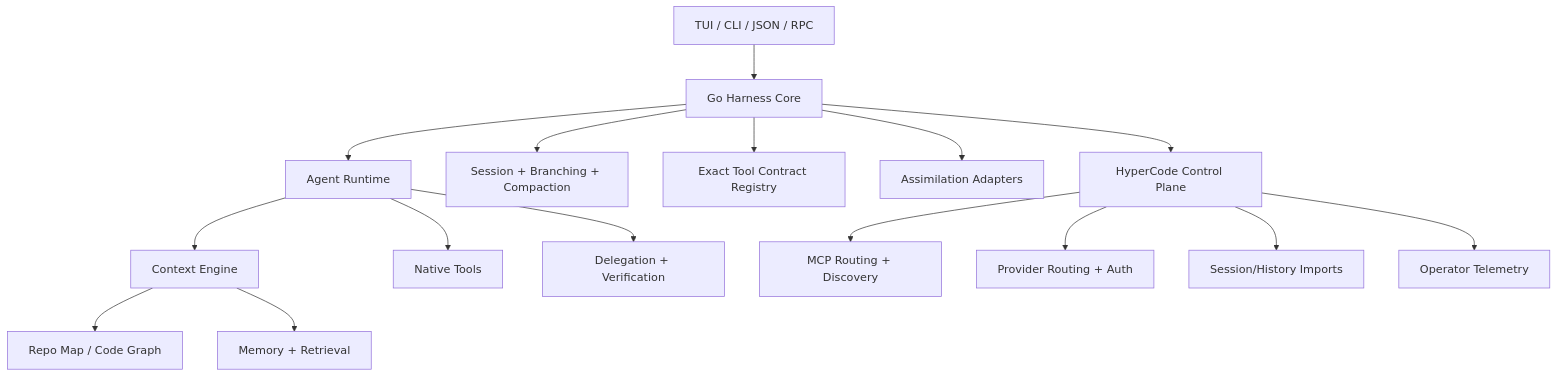
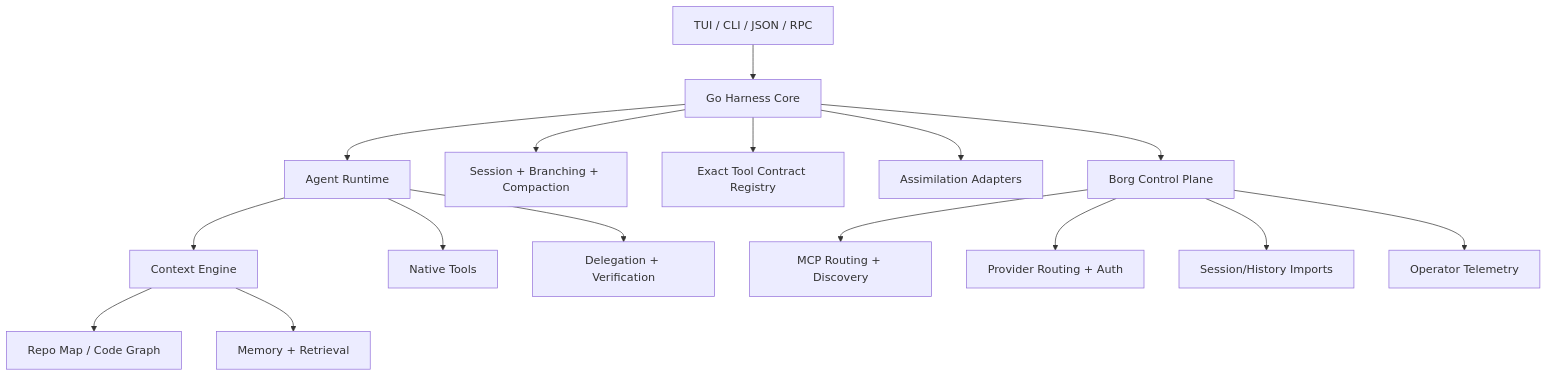
Before and after one commit to robertpelloni/hypercode: the diagram in docs/ai/design/go-foundation-assimilation.md, drawn with Mermaid. The commit also changed other lines of this file and 299 other files, not shown here.

````diff
--- a/docs/ai/design/go-foundation-assimilation.md
+++ b/docs/ai/design/go-foundation-assimilation.md
@@ -22,21 +22,21 @@
 ```mermaid
 flowchart TD
     UI[TUI / CLI / JSON / RPC] --> Harness[Go Harness Core]
     Harness --> Agent[Agent Runtime]
     Harness --> Sessions[Session + Branching + Compaction]
     Harness --> Compat[Exact Tool Contract Registry]
     Harness --> Adapters[Assimilation Adapters]
-    Harness --> HC[HyperCode Control Plane]
+    Harness --> HC[Borg Control Plane]
 
     Agent --> Context[Context Engine]
     Agent --> Tools[Native Tools]
     Agent --> Delegation[Delegation + Verification]
 
     Context --> RepoMap[Repo Map / Code Graph]
     Context --> Memory[Memory + Retrieval]
 
     HC --> MCP[MCP Routing + Discovery]
     HC --> Providers[Provider Routing + Auth]
     HC --> Imports[Session/History Imports]
     HC --> Observability[Operator Telemetry]
 ```
````
